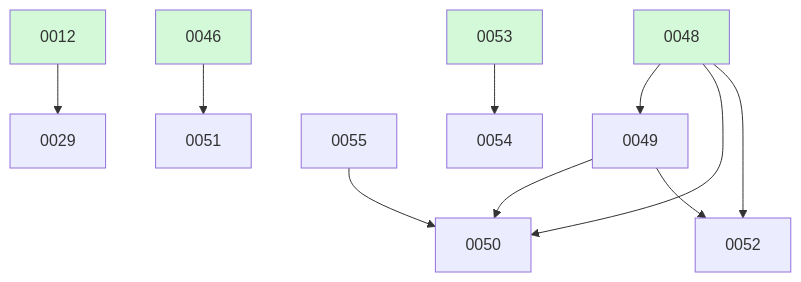
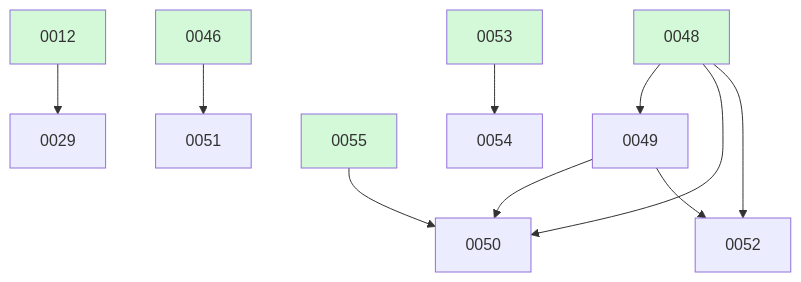
One commit to ethanhinson/fuse changed the diagram in docs/changes/BOARD.md. Above: the diagram before and after it, drawn with Mermaid. The commit also changed other lines of this file, not shown here.

````diff
--- a/docs/changes/BOARD.md
+++ b/docs/changes/BOARD.md
@@ -27,18 +21,18 @@
 ```mermaid
 graph TD
   0012 --> 0029
   0048 --> 0049
   0048 --> 0050
   0049 --> 0050
   0055 --> 0050
   0046 --> 0051
   0048 --> 0052
   0049 --> 0052
   0053 --> 0054
-  0055
   0012:::done
   0046:::done
   0048:::done
   0053:::done
+  0055:::done
   classDef done fill:#d3f9d8;
 ```
````
